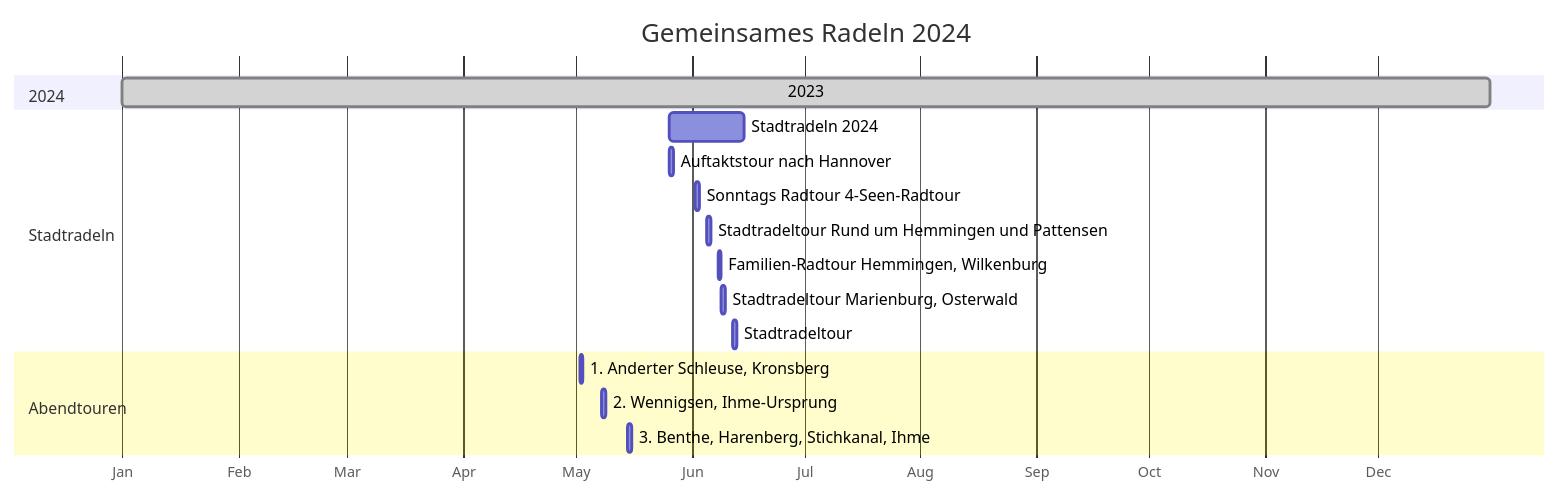
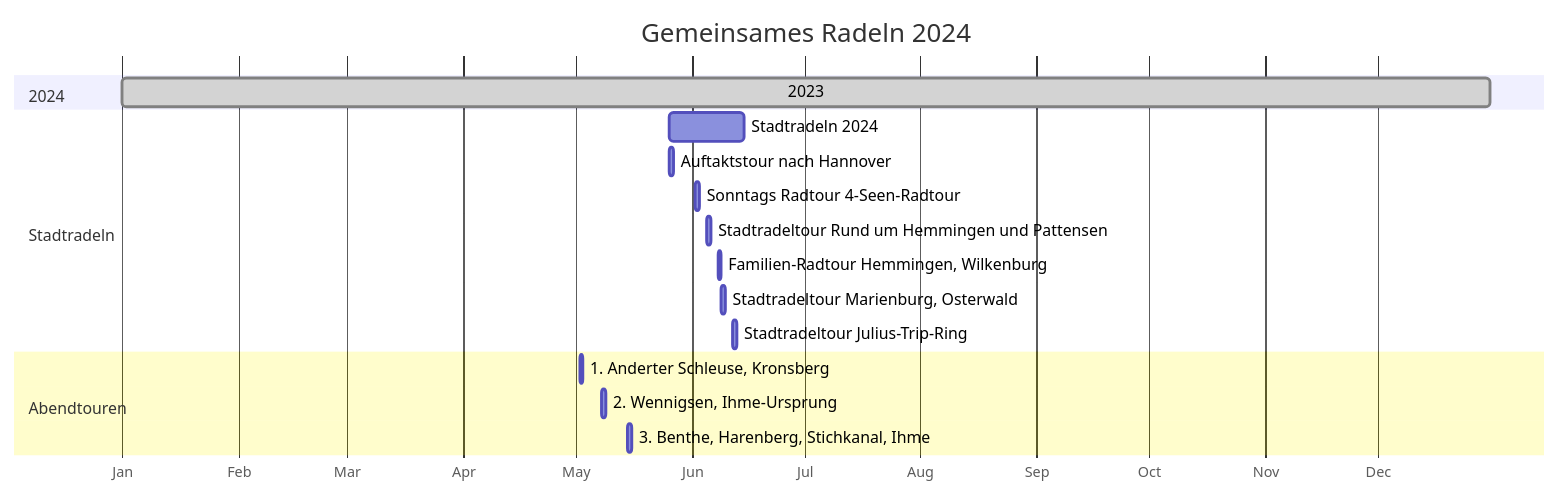
One commit to adfc-hemmingen-pattensen/pelican-md-soures changed the diagram in Touren/Fahrradtouren2024.md. Above: the diagram before and after it, drawn with Mermaid.

````diff
--- a/Touren/Fahrradtouren2024.md
+++ b/Touren/Fahrradtouren2024.md
@@ -10,26 +10,26 @@
 ``` mermaid
 gantt
 dateFormat  YYYY-MM-DD
 title Gemeinsames Radeln 2024
 axisFormat  %b
 todayMarker stroke-width:0px
 
 section 2024
 2023: done, 2024-01-01, 2024-12-31
 
 section Stadtradeln  
 Stadtradeln 2024:          action, 2024-05-26, 2024-06-15
 Auftaktstour nach Hannover:   2024-05-26, 1d
 Sonntags Radtour 4-Seen-Radtour:   2024-06-02, 1d
 Stadtradeltour Rund um Hemmingen und Pattensen:     2024-06-05, 1d
 Familien-Radtour Hemmingen, Wilkenburg:    2024-06-08, 1d
 Stadtradeltour Marienburg, Osterwald:    2024-06-09, 1d
-Stadtradeltour:     2024-06-12, 1d
+Stadtradeltour Julius-Trip-Ring:     2024-06-12, 1d
 
 section Abendtouren
 1. Anderter Schleuse, Kronsberg:      2024-05-02, 1d
 2. Wennigsen, Ihme-Ursprung: 2024-05-08, 1d
 3. Benthe, Harenberg, Stichkanal, Ihme: 2024-05-15, 1d
 
 
 ```
````
